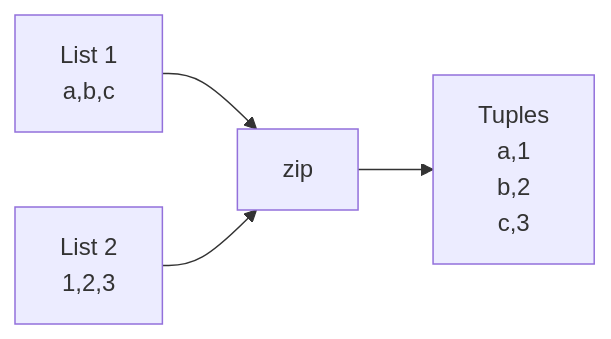
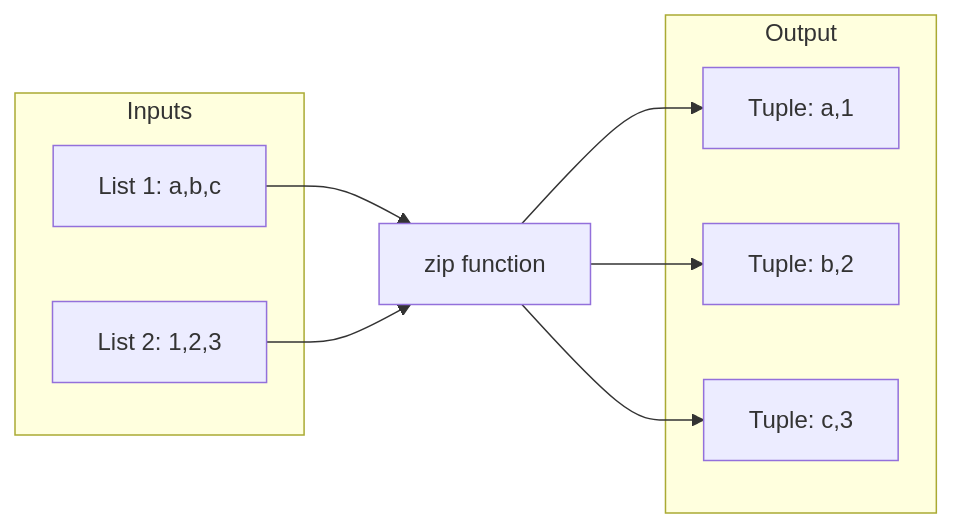
Before and after one commit to whereq/whereq.github.io-hexo: the third of 6 diagrams in source/_posts/Python-Looping-Iterators-The-Comprehensive-Guide.md, drawn with Mermaid. The commit also changed other lines of this file, not shown here.

````diff
--- a/source/_posts/Python-Looping-Iterators-The-Comprehensive-Guide.md
+++ b/source/_posts/Python-Looping-Iterators-The-Comprehensive-Guide.md
@@ -144,6 +143,19 @@
 ```mermaid
 graph LR
-    A[List 1<br/>a,b,c] --> Z[zip]
-    B[List 2<br/>1,2,3] --> Z
-    Z --> C[Tuples<br/>a,1<br/>b,2<br/>c,3]
+    subgraph Inputs
+        A[List 1: a,b,c]
+        B[List 2: 1,2,3]
+    end
+    
+    subgraph Output
+        C[Tuple: a,1]
+        D[Tuple: b,2]
+        E[Tuple: c,3]
+    end
+    
+    A --> zip[zip function]
+    B --> zip
+    zip --> C
+    zip --> D
+    zip --> E
 ```
````
